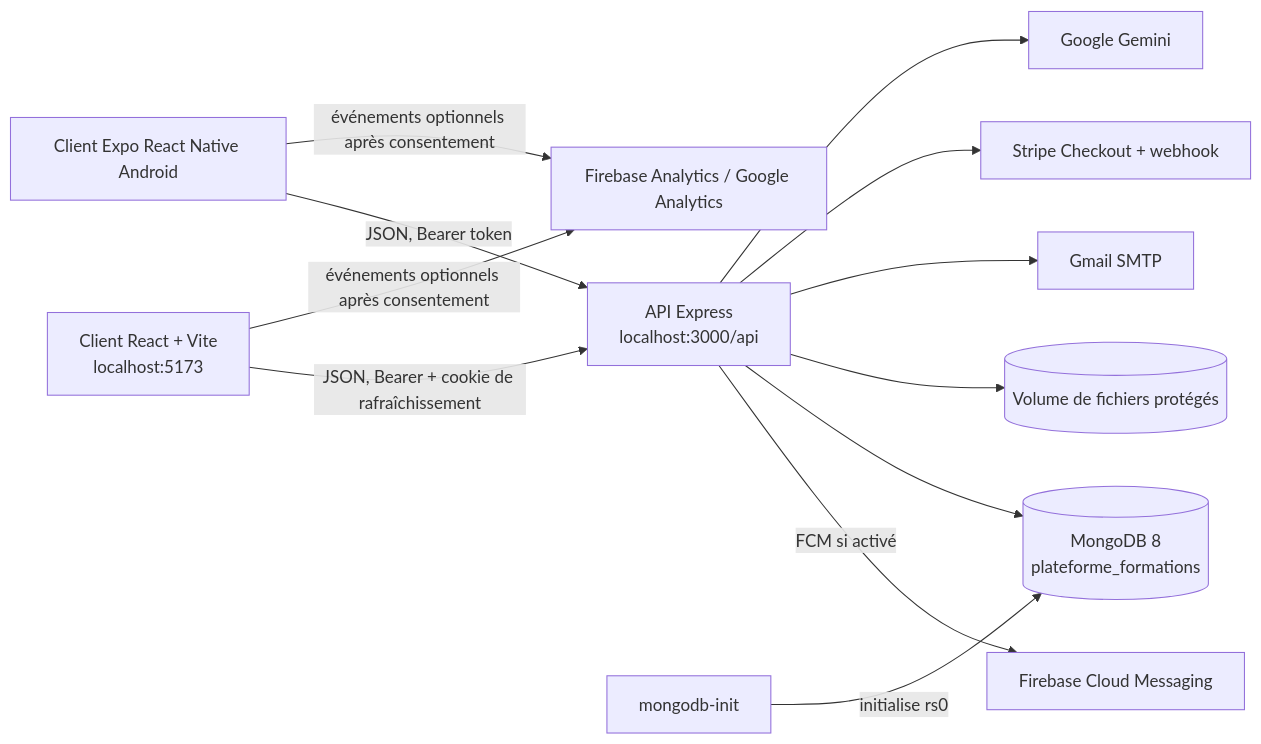
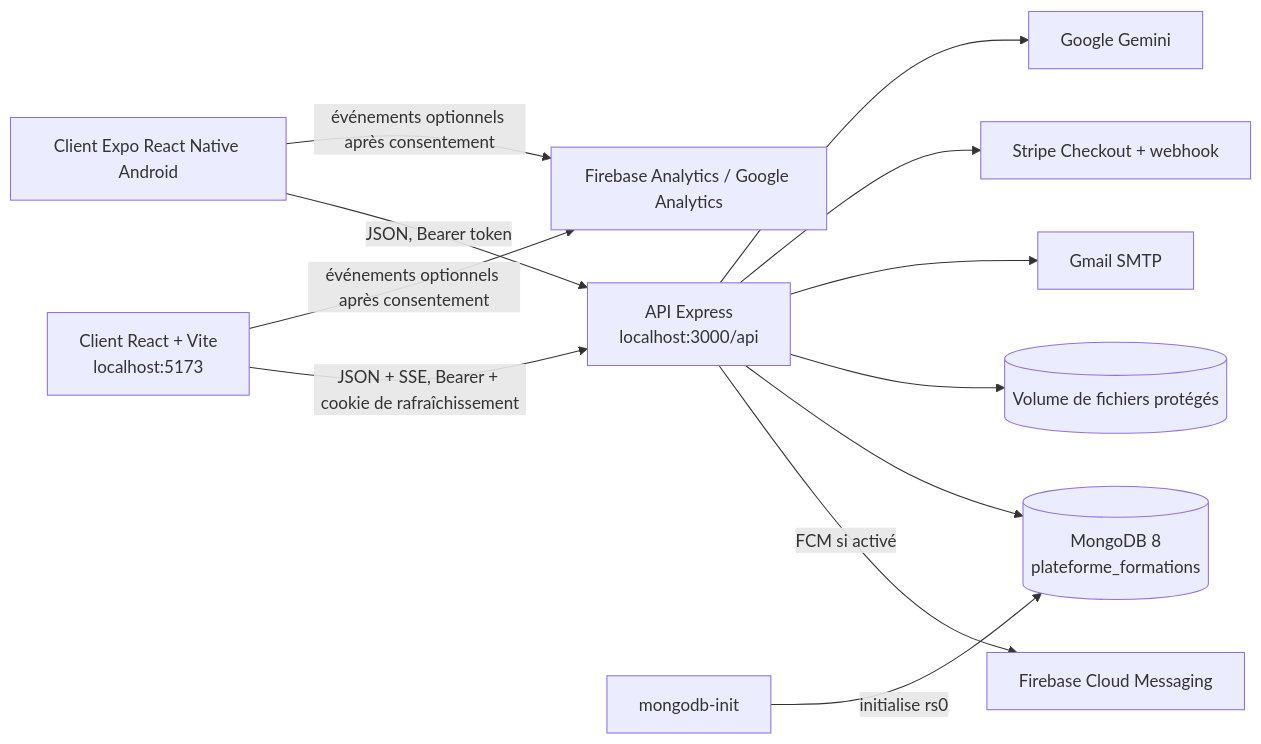
Before and after one commit to adambsr/Plateforme_Formations: the first of 10 diagrams in Docs/Rapport de projet v2 - version definitive.md, drawn with Mermaid. The commit also changed other lines of this file and 54 other files, not shown here.

````diff
--- a/Docs/Rapport de projet v2 - version definitive.md
+++ b/Docs/Rapport de projet v2 - version definitive.md
@@ -122,14 +123,14 @@
 ```mermaid
 flowchart LR
-  Browser[Client React + Vite\nlocalhost:5173] -->|JSON, Bearer + cookie de rafraîchissement| API[API Express\nlocalhost:3000/api]
+  Browser[Client React + Vite\nlocalhost:5173] -->|JSON + SSE, Bearer + cookie de rafraîchissement| API[API Express\nlocalhost:3000/api]
   Browser -->|événements optionnels après consentement| Analytics[Firebase Analytics / Google Analytics]
   Mobile[Client Expo React Native Android] -->|JSON, Bearer token| API
   Mobile -->|événements optionnels après consentement| Analytics
   API -->|FCM si activé| FCM[Firebase Cloud Messaging]
   API --> DB[(MongoDB 8\nplateforme_formations)]
   API --> Storage[(Volume de fichiers protégés)]
   API --> Mail[Gmail SMTP]
   API --> Stripe[Stripe Checkout + webhook]
   API --> Gemini[Google Gemini]
   Init[mongodb-init] -->|initialise rs0| DB
 ```
````
